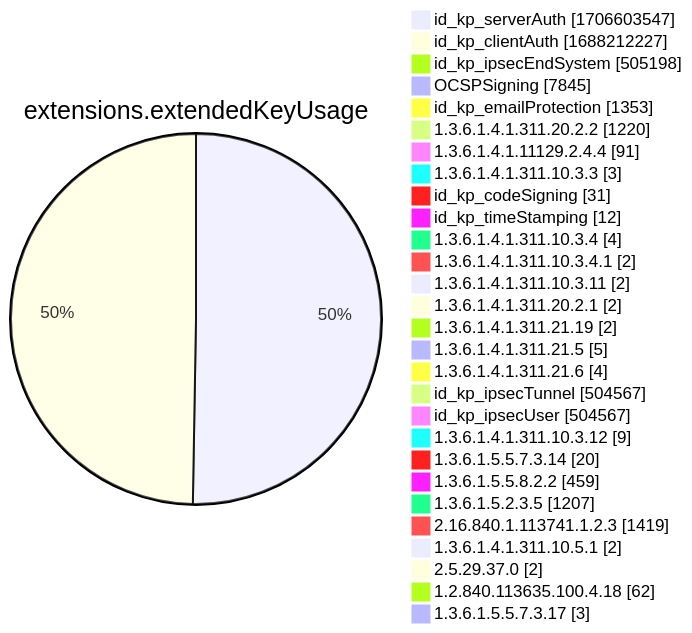
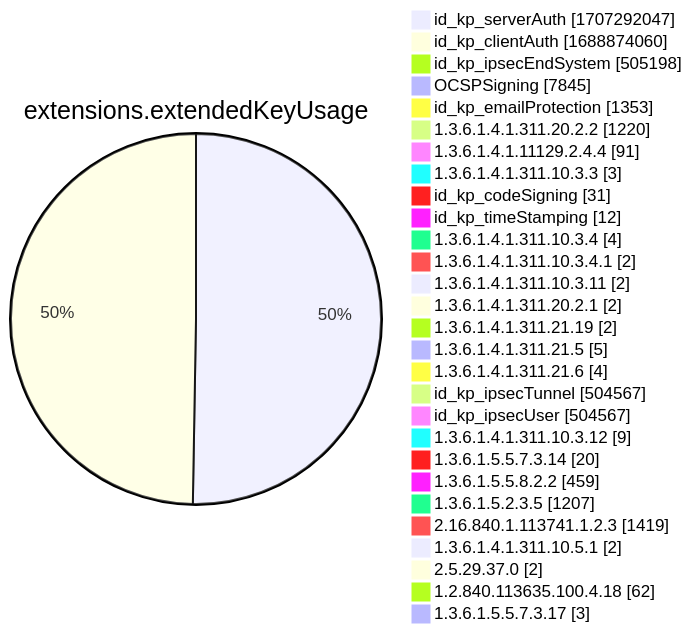
Diagram 12 of 15 in xenon2022/README.md (christiankrug/ctmonitor_visualization), drawn with Mermaid before and after one commit. The commit also changed other lines of this file, not shown here.

````diff
--- a/xenon2022/README.md
+++ b/xenon2022/README.md
@@ -3888,32 +3888,32 @@
 ```mermaid
 pie showData
 title extensions.extendedKeyUsage
-"id_kp_serverAuth" :1706603547
-"id_kp_clientAuth" :1688212227
+"id_kp_serverAuth" :1707292047
+"id_kp_clientAuth" :1688874060
 "id_kp_ipsecEndSystem" :505198
 "OCSPSigning" :7845
 "id_kp_emailProtection" :1353
 "1.3.6.1.4.1.311.20.2.2" :1220
 "1.3.6.1.4.1.11129.2.4.4" :91
 "1.3.6.1.4.1.311.10.3.3" :3
 "id_kp_codeSigning" :31
 "id_kp_timeStamping" :12
 "1.3.6.1.4.1.311.10.3.4" :4
 "1.3.6.1.4.1.311.10.3.4.1" :2
 "1.3.6.1.4.1.311.10.3.11" :2
 "1.3.6.1.4.1.311.20.2.1" :2
 "1.3.6.1.4.1.311.21.19" :2
 "1.3.6.1.4.1.311.21.5" :5
 "1.3.6.1.4.1.311.21.6" :4
 "id_kp_ipsecTunnel" :504567
 "id_kp_ipsecUser" :504567
 "1.3.6.1.4.1.311.10.3.12" :9
 "1.3.6.1.5.5.7.3.14" :20
 "1.3.6.1.5.5.8.2.2" :459
 "1.3.6.1.5.2.3.5" :1207
 "2.16.840.1.113741.1.2.3" :1419
 "1.3.6.1.4.1.311.10.5.1" :2
 "2.5.29.37.0" :2
 "1.2.840.113635.100.4.18" :62
 "1.3.6.1.5.5.7.3.17" :3
 ```
````
